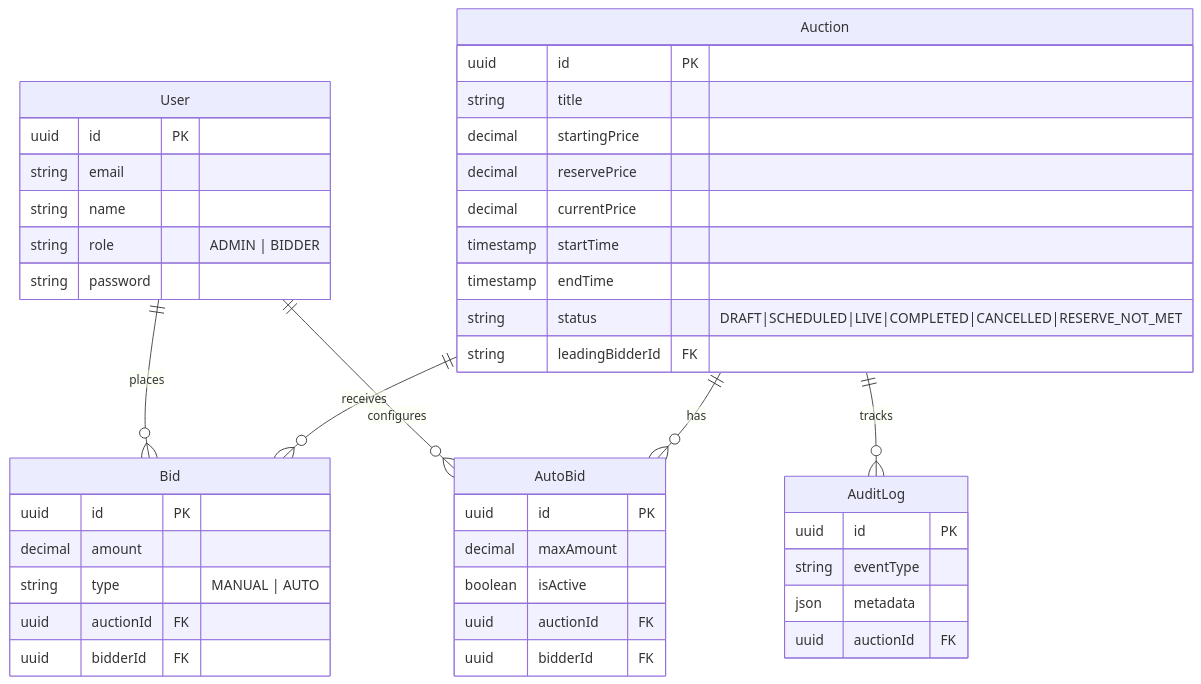
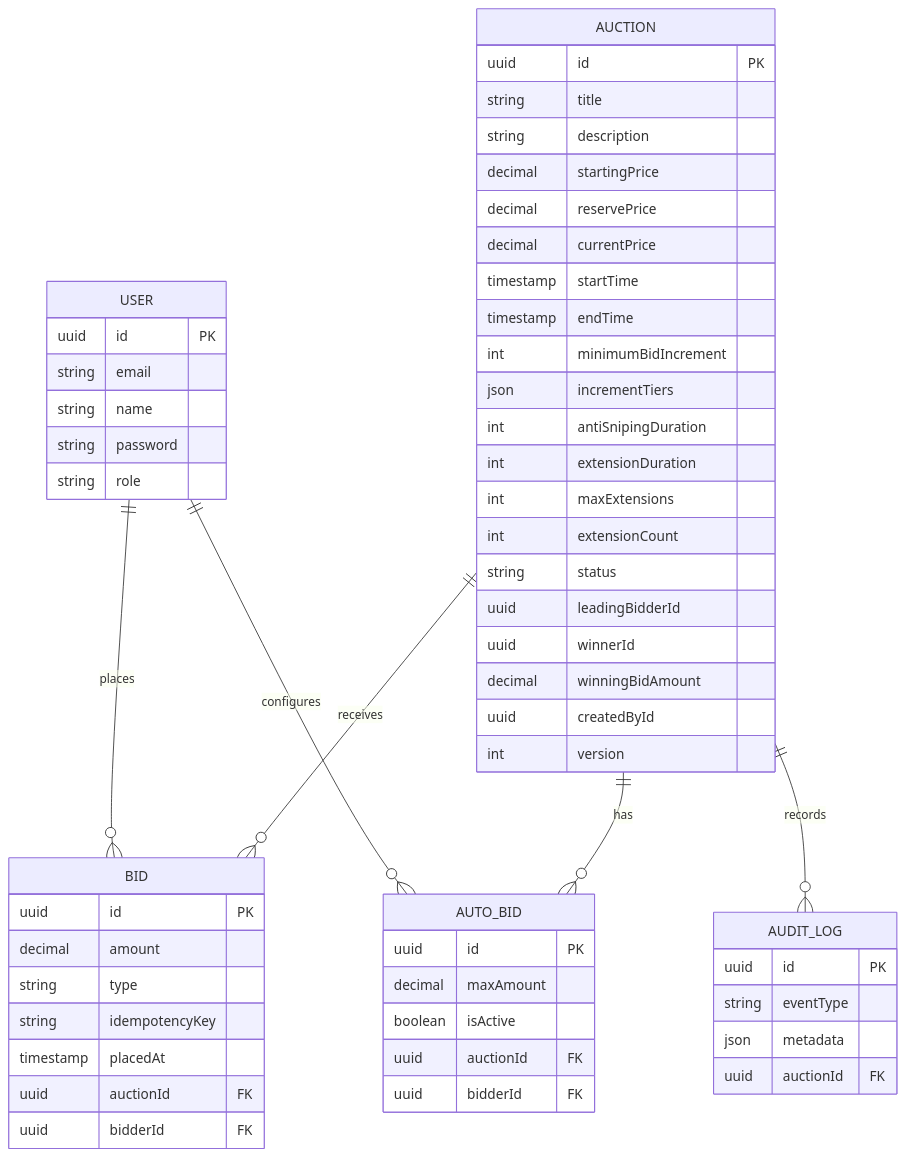
Before and after one commit to ridmii/bidflow: the third of 3 diagrams in README.md, drawn with Mermaid. The commit also changed other lines of this file, not shown here.

````diff
--- a/README.md
+++ b/README.md
@@ -33,50 +205,60 @@
 ```mermaid
 erDiagram
-    User ||--o{ Bid : "places"
-    User ||--o{ AutoBid : "configures"
-    User {
+    USER ||--o{ BID : places
+    USER ||--o{ AUTO_BID : configures
+    AUCTION ||--o{ BID : receives
+    AUCTION ||--o{ AUTO_BID : has
+    AUCTION ||--o{ AUDIT_LOG : records
+
+    USER {
         uuid id PK
         string email
         string name
-        string role "ADMIN | BIDDER"
         string password
+        string role
     }
-
-    Auction ||--o{ Bid : "receives"
-    Auction ||--o{ AutoBid : "has"
-    Auction ||--o{ AuditLog : "tracks"
-    Auction {
+    AUCTION {
         uuid id PK
         string title
+        string description
         decimal startingPrice
         decimal reservePrice
         decimal currentPrice
         timestamp startTime
         timestamp endTime
-        string status "DRAFT|SCHEDULED|LIVE|COMPLETED|CANCELLED|RESERVE_NOT_MET"
-        string leadingBidderId FK
+        int minimumBidIncrement
+        json incrementTiers
+        int antiSnipingDuration
+        int extensionDuration
+        int maxExtensions
+        int extensionCount
+        string status
+        uuid leadingBidderId
+        uuid winnerId
+        decimal winningBidAmount
+        uuid createdById
+        int version
     }
-
-    Bid {
+    BID {
         uuid id PK
         decimal amount
-        string type "MANUAL | AUTO"
+        string type
+        string idempotencyKey
+        timestamp placedAt
         uuid auctionId FK
         uuid bidderId FK
     }
-
-    AutoBid {
+    AUTO_BID {
         uuid id PK
         decimal maxAmount
         boolean isActive
         uuid auctionId FK
         uuid bidderId FK
     }
-
-    AuditLog {
+    AUDIT_LOG {
         uuid id PK
         string eventType
         json metadata
         uuid auctionId FK
     }
 ```
````
